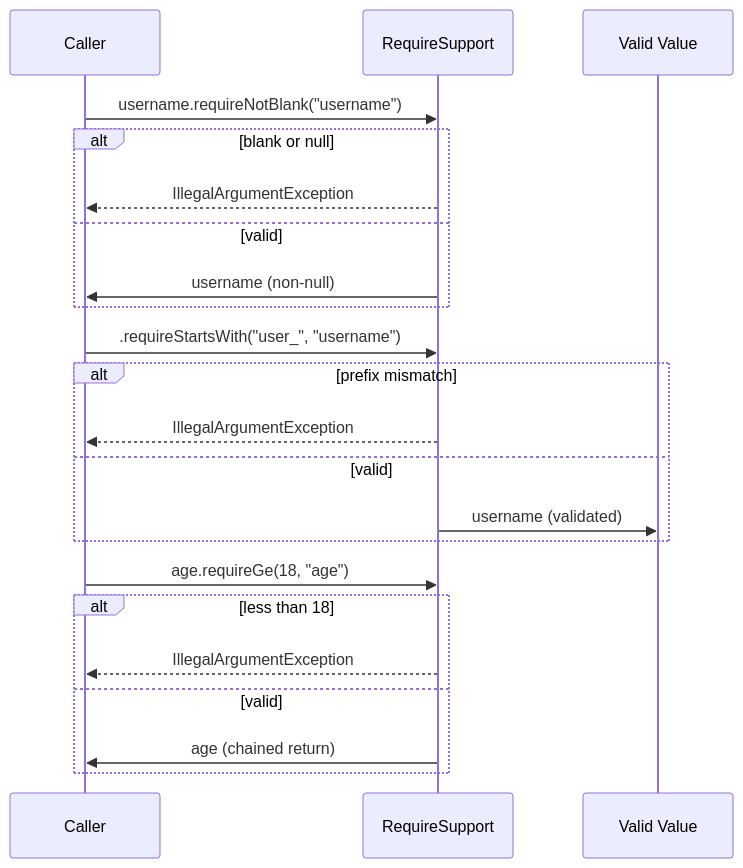
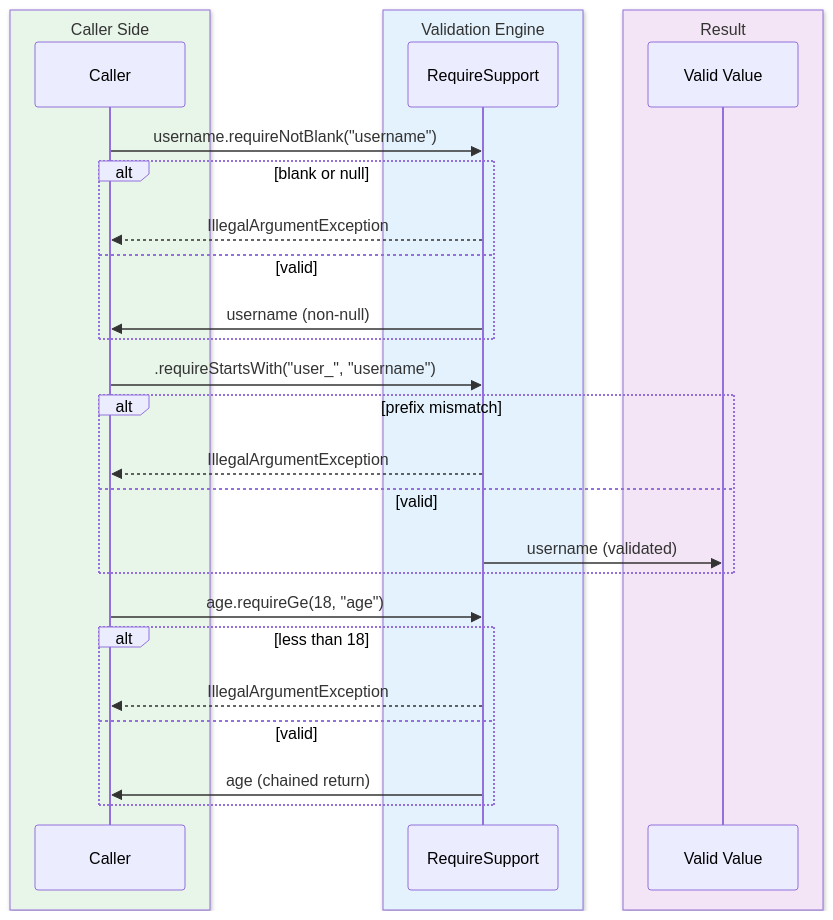
Before and after one commit to bluetape4k/bluetape4k-projects: the third of 3 diagrams in bluetape4k/core/README.md, drawn with Mermaid. The commit also changed other lines of this file and 221 other files, not shown here.

First line of the commit message:
docs: 전체 모듈 README UML 다이어그램 보강 및 색상 업그레이드

````diff
--- a/bluetape4k/core/README.md
+++ b/bluetape4k/core/README.md
@@ -137,27 +154,33 @@
 ```mermaid
 sequenceDiagram
-    participant C as Caller
-    participant R as RequireSupport
-    participant V as Valid Value
+    box rgb(232, 245, 233) Caller Side
+        participant C as Caller
+    end
+    box rgb(227, 242, 253) Validation Engine
+        participant R as RequireSupport
+    end
+    box rgb(243, 229, 245) Result
+        participant V as Valid Value
+    end
 
     C->>R: username.requireNotBlank("username")
     alt blank or null
         R-->>C: IllegalArgumentException
     else valid
         R->>C: username (non-null)
     end
 
     C->>R: .requireStartsWith("user_", "username")
     alt prefix mismatch
         R-->>C: IllegalArgumentException
     else valid
         R->>V: username (validated)
     end
 
     C->>R: age.requireGe(18, "age")
     alt less than 18
         R-->>C: IllegalArgumentException
     else valid
         R->>C: age (chained return)
     end
 ```
````
